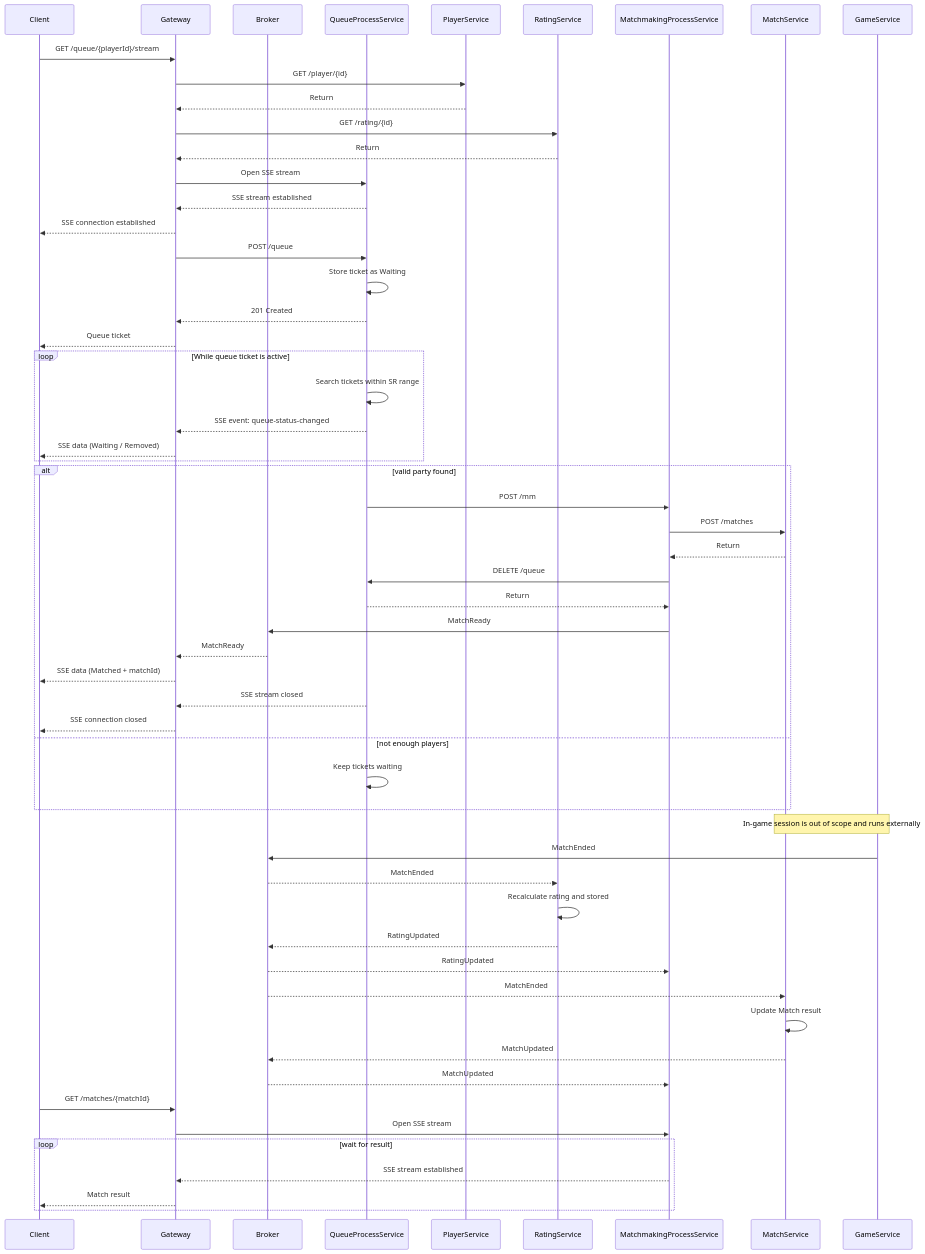
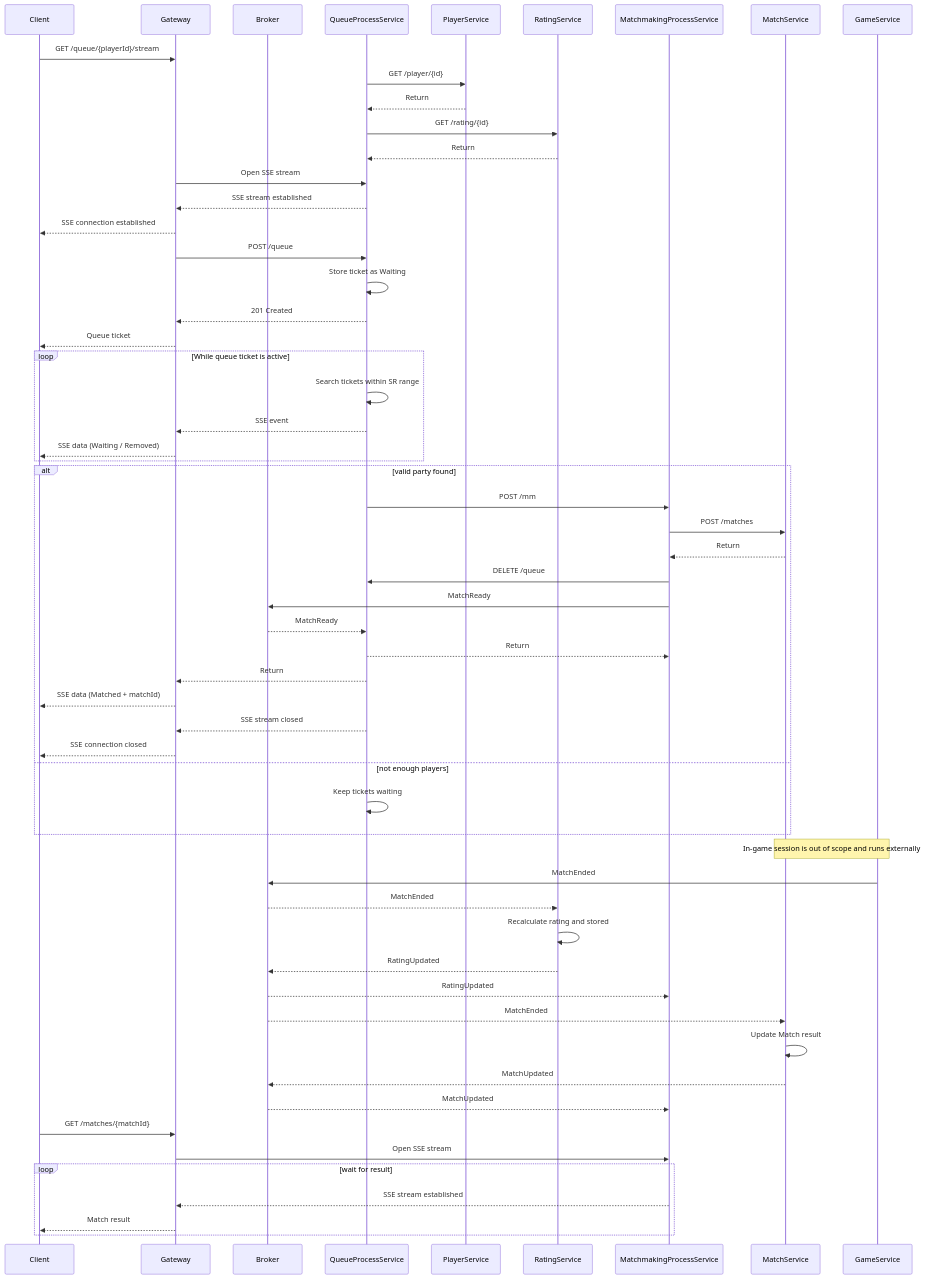
The second of 7 diagrams in docs/analysis-and-design.md (dpbL5/glicko2-matchmaking-system), drawn with Mermaid before and after one commit. The commit also changed other lines of this file, not shown here.

````diff
--- a/docs/analysis-and-design.md
+++ b/docs/analysis-and-design.md
@@ -165,69 +165,69 @@
 ```mermaid
 sequenceDiagram
     participant Client
     participant Gateway
     participant Broker
     participant QueueProcessService
     participant PlayerService
     participant RatingService
     participant MatchmakingProcessService
     participant MatchService
     participant GameServer as GameService  
 
     Client->>Gateway: GET /queue/{playerId}/stream
-    Gateway->>PlayerService: GET /player/{id}
-    PlayerService-->>Gateway: Return
+    QueueProcessService->>PlayerService: GET /player/{id}
+    PlayerService-->>QueueProcessService: Return
 
-    Gateway->>RatingService: GET /rating/{id}
-    RatingService-->>Gateway: Return
+    QueueProcessService->>RatingService: GET /rating/{id}
+    RatingService-->>QueueProcessService: Return
     Gateway->>QueueProcessService: Open SSE stream
     QueueProcessService-->>Gateway: SSE stream established
     Gateway-->>Client: SSE connection established
     
     Gateway->>QueueProcessService: POST /queue
     QueueProcessService->>QueueProcessService: Store ticket as Waiting
     QueueProcessService-->>Gateway: 201 Created
     Gateway-->>Client: Queue ticket 
 
 
     loop While queue ticket is active
         QueueProcessService->>QueueProcessService: Search tickets within SR range
-        QueueProcessService-->>Gateway: SSE event: queue-status-changed
+        QueueProcessService-->>Gateway: SSE event
         Gateway-->>Client: SSE data (Waiting / Removed)
     end
 
     alt valid party found
         QueueProcessService->>MatchmakingProcessService: POST /mm
         MatchmakingProcessService->>MatchService: POST /matches
         MatchService-->>MatchmakingProcessService: Return
+
         MatchmakingProcessService->>QueueProcessService: DELETE /queue
+        MatchmakingProcessService->>Broker: MatchReady
+        Broker-->>QueueProcessService: MatchReady
         QueueProcessService-->>MatchmakingProcessService: Return
-
-        MatchmakingProcessService->>Broker: MatchReady
-        Broker-->>Gateway: MatchReady
+        QueueProcessService-->>Gateway: Return
         Gateway-->>Client: SSE data (Matched + matchId)
         QueueProcessService-->>Gateway: SSE stream closed
         Gateway-->>Client: SSE connection closed
     else not enough players
         QueueProcessService->>QueueProcessService: Keep tickets waiting
     end
 
     Note over GameServer,MatchService: In-game session is out of scope and runs externally
     GameServer->>Broker: MatchEnded
     Broker-->>RatingService: MatchEnded
     RatingService->>RatingService: Recalculate rating and stored
     RatingService-->>Broker: RatingUpdated
     Broker-->>MatchmakingProcessService: RatingUpdated
     Broker-->>MatchService: MatchEnded
     MatchService->>MatchService: Update Match result
     MatchService-->>Broker: MatchUpdated
     Broker-->>MatchmakingProcessService: MatchUpdated
    
     Client->>Gateway: GET /matches/{matchId}
     Gateway->>MatchmakingProcessService: Open SSE stream
     loop wait for result
         MatchmakingProcessService-->>Gateway: SSE stream established
         Gateway-->>Client: Match result
     end
-
 ```
````
